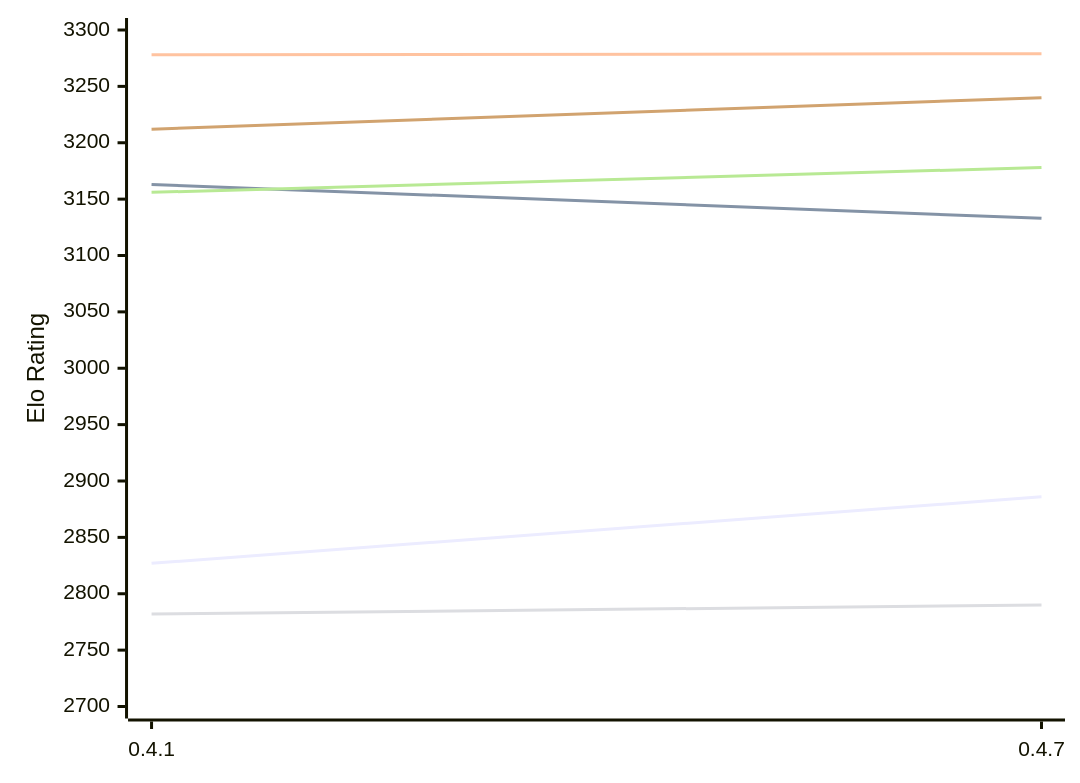
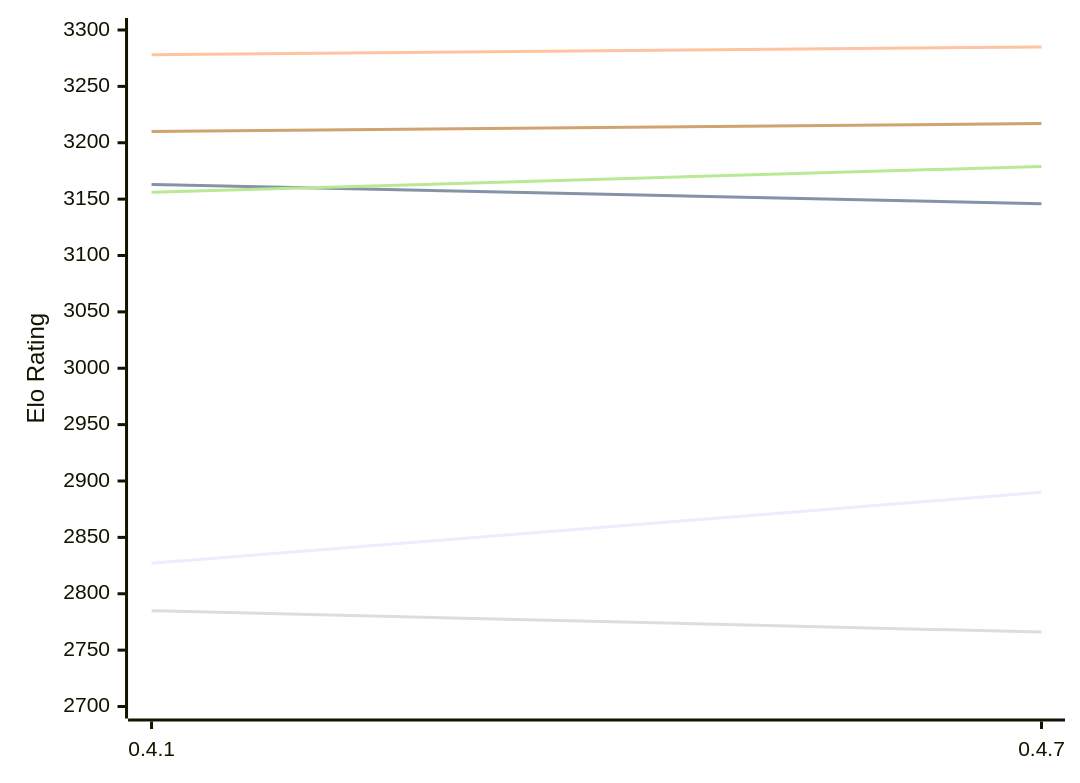
Before and after one commit to computer-chess-index/cci: the diagram in engines/Arabica.md, drawn with Mermaid. The commit also changed other lines of this file, not shown here.

Commit message:
Update CCI Ratings (ELO VLTC) - 2026-11-17

````diff
--- a/engines/Arabica.md
+++ b/engines/Arabica.md
@@ -49,12 +49,12 @@
 ```mermaid
 %%{init: {"theme":"base","themeVariables":{"seriesColors:['#a3a3a3','#222221','#faa371']}}}%%
 xychart-beta
   x-axis ["0.4.1", "0.4.7"]
   y-axis "Elo Rating" 2700 --> 3300
-  line "E1: STC (8.0+0.08s)" [2827, 2886]
-  line "E1: LTC (60.0+0.60s)" [3163, 3133]
-  line "E1: VLTC (2m24s+1.12s)" [3278, 3279]
-  line "P1: STC (8.0+0.08s)" [2782, 2790]
-  line "P1: LTC (60.0+0.60s)" [3156, 3178]
-  line "P1: VLTC (2m24s+1.12s)" [3212, 3240]
+  line "E1: STC (8.0+0.08s)" [2827, 2890]
+  line "E1: LTC (60.0+0.60s)" [3163, 3146]
+  line "E1: VLTC (2m24s+1.12s)" [3278, 3285]
+  line "P1: STC (8.0+0.08s)" [2785, 2766]
+  line "P1: LTC (60.0+0.60s)" [3156, 3179]
+  line "P1: VLTC (2m24s+1.12s)" [3210, 3217]
 ```
````
